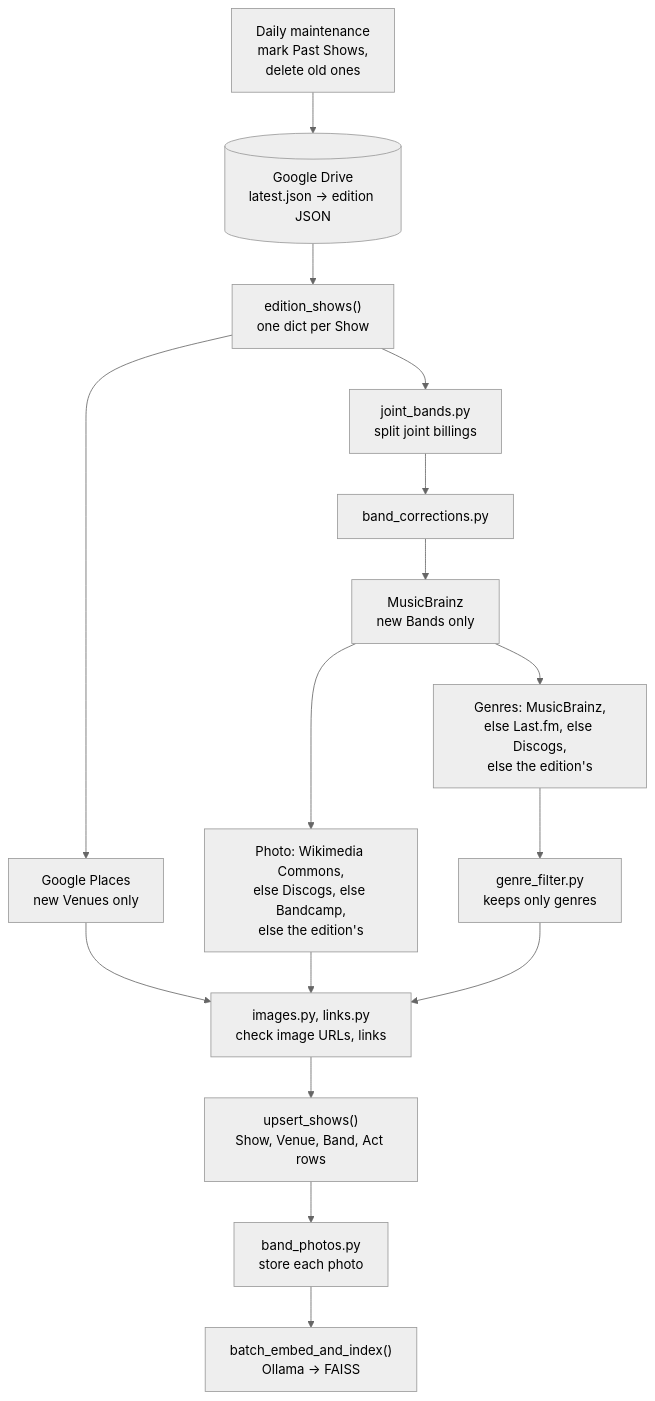
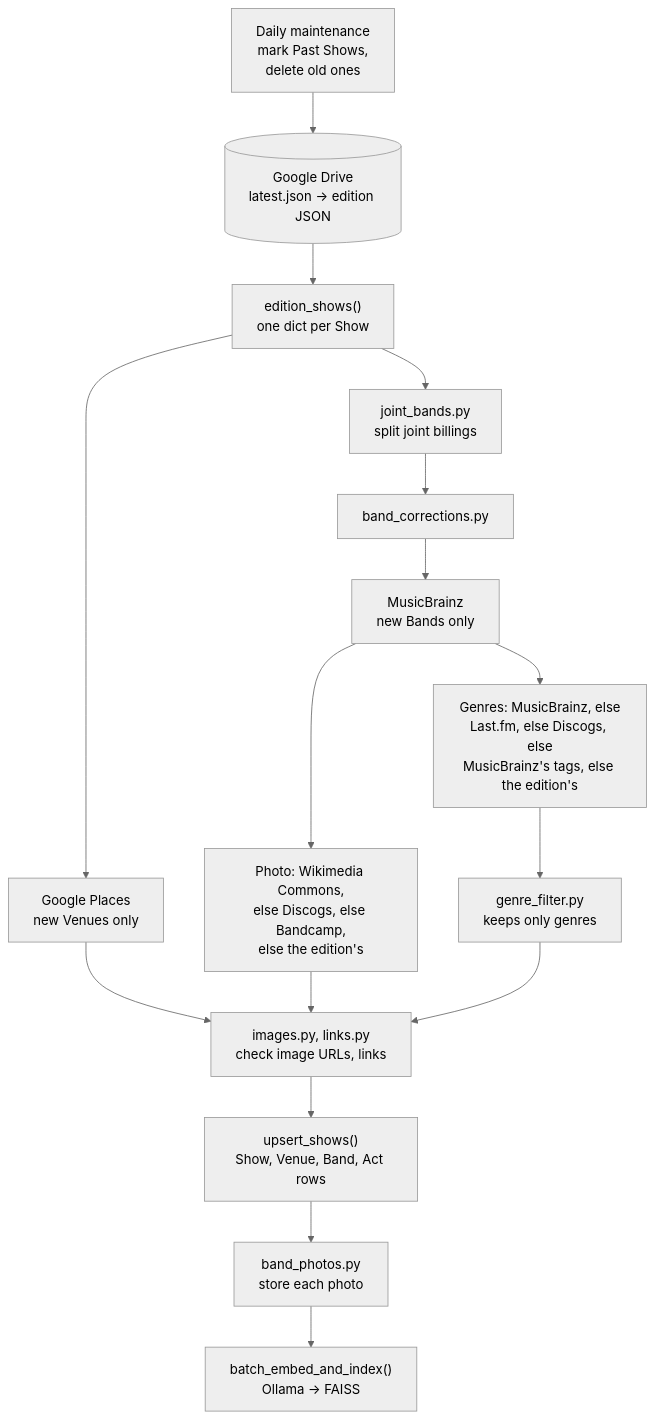
Before and after one commit to jsturgis/the_list: the diagram in docs/guide/ingestion.md, drawn with Mermaid (neutral theme). The commit also changed other lines of this file and 10 other files, not shown here.

````diff
--- a/docs/guide/ingestion.md
+++ b/docs/guide/ingestion.md
@@ -12,26 +14,26 @@
 ```mermaid
 flowchart TD
   accTitle: The ingest, step by step
-  accDescr: Daily maintenance, then the newest edition from Drive is mapped to Shows. New Venues are looked up on Google Places. Joint billings are split, Band corrections applied, and new Bands looked up on MusicBrainz, then for a photo on Wikimedia Commons, Discogs and Bandcamp, and for genres on Last.fm and Discogs. Image URLs and links are checked; Shows, Venues, Bands and Acts are upserted; Band photos are stored; Shows and headliners are embedded and indexed in FAISS.
+  accDescr: Daily maintenance, then the newest edition from Drive is mapped to Shows. New Venues are looked up on Google Places. Joint billings are split, Band corrections applied, and new Bands looked up on MusicBrainz, then for a photo on Wikimedia Commons, Discogs and Bandcamp, and for genres on Last.fm and Discogs, then MusicBrainz's free-form tags. Image URLs and links are checked; Shows, Venues, Bands and Acts are upserted; Band photos are stored; Shows and headliners are embedded and indexed in FAISS.
   maintenance["Daily maintenance<br/>mark Past Shows,<br/>delete old ones"]
   drive[("Google Drive<br/>latest.json → edition JSON")]
   map["edition_shows()<br/>one dict per Show"]
   places["Google Places<br/>new Venues only"]
   joint["joint_bands.py<br/>split joint billings"]
   corrections["band_corrections.py"]
   mb["MusicBrainz<br/>new Bands only"]
   photo["Photo: Wikimedia Commons,<br/>else Discogs, else Bandcamp,<br/>else the edition's"]
-  genres["Genres: MusicBrainz,<br/>else Last.fm, else Discogs,<br/>else the edition's"]
+  genres["Genres: MusicBrainz, else<br/>Last.fm, else Discogs, else<br/>MusicBrainz's tags, else the edition's"]
   filter["genre_filter.py<br/>keeps only genres"]
   checks["images.py, links.py<br/>check image URLs, links"]
   upsert["upsert_shows()<br/>Show, Venue, Band, Act rows"]
   photos["band_photos.py<br/>store each photo"]
   embed["batch_embed_and_index()<br/>Ollama → FAISS"]
   maintenance --> drive --> map
   map --> places & joint
   joint --> corrections --> mb
   mb --> photo & genres
   genres --> filter
   places & photo & filter --> checks
   checks --> upsert --> photos --> embed
 ```
````
